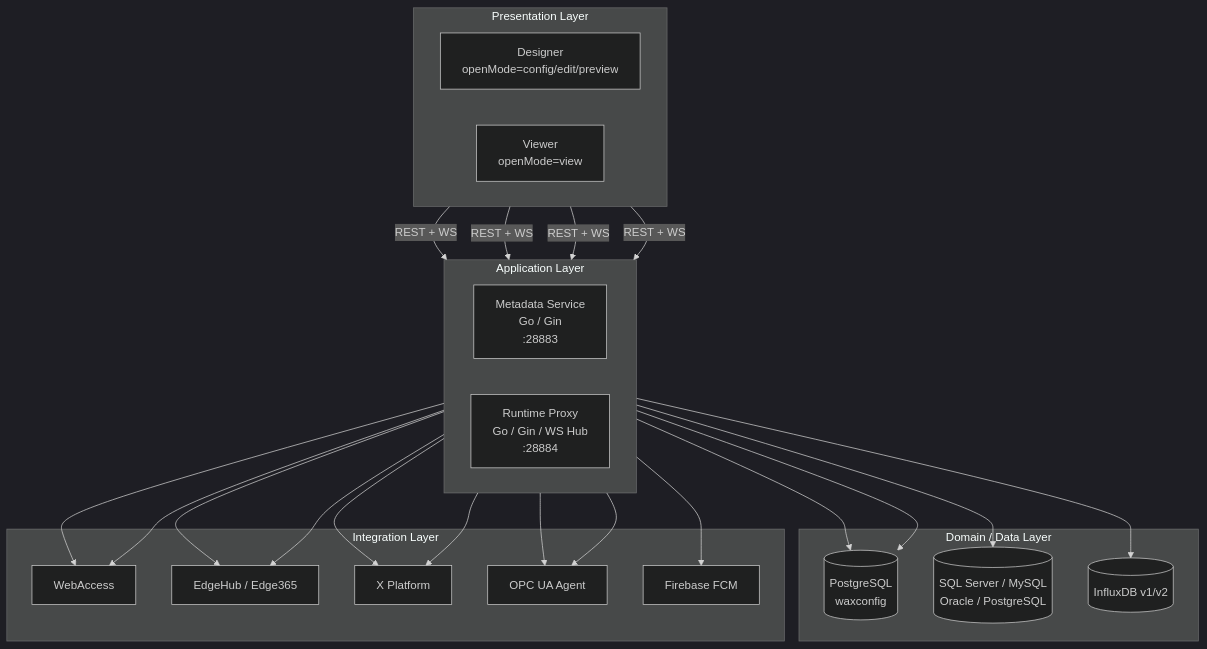
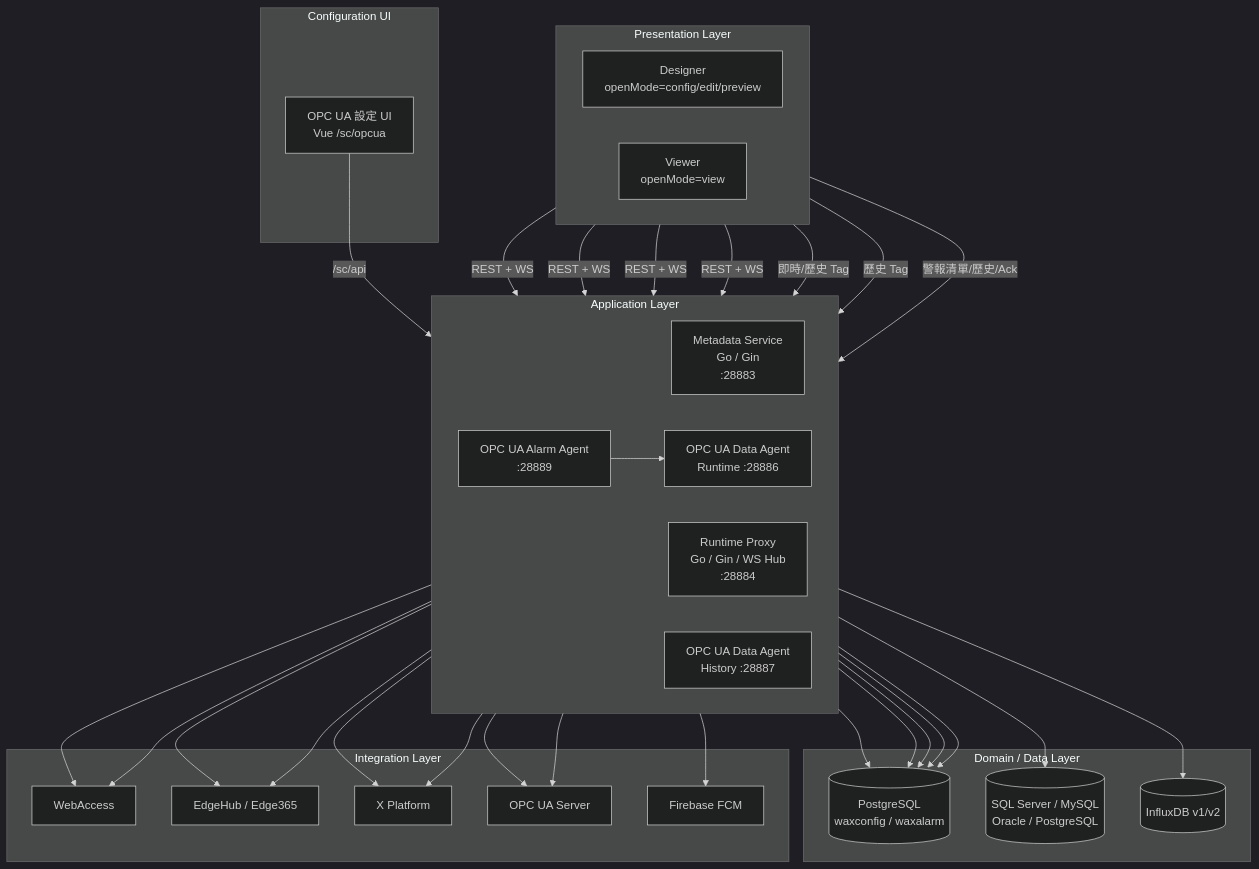
One commit to PochengChen-del/EdgeViewDoc changed the first of 8 diagrams in SDS/02_System_Architecture.md. Above: the diagram before and after it, drawn with Mermaid (dark theme). The commit also changed other lines of this file and 20 other files, not shown here.

````diff
--- a/SDS/02_System_Architecture.md
+++ b/SDS/02_System_Architecture.md
@@ -7,46 +7,61 @@
 ```mermaid
 flowchart TB
     subgraph Presentation["Presentation Layer"]
         direction LR
         Designer["Designer<br/>openMode=config/edit/preview"]
         Viewer["Viewer<br/>openMode=view"]
     end
 
     subgraph Application["Application Layer"]
         direction LR
         Meta["Metadata Service<br/>Go / Gin<br/>:28883"]
         Proxy["Runtime Proxy<br/>Go / Gin / WS Hub<br/>:28884"]
+        RT["OPC UA Data Agent<br/>Runtime :28886"]
+        HIS["OPC UA Data Agent<br/>History :28887"]
+        ALM["OPC UA Alarm Agent<br/>:28889"]
+    end
+
+    subgraph UI["Configuration UI"]
+        Vue["OPC UA 設定 UI<br/>Vue /sc/opcua"]
     end
 
     subgraph Domain["Domain / Data Layer"]
-        PGCfg[(PostgreSQL<br/>waxconfig)]
+        PGCfg[(PostgreSQL<br/>waxconfig / waxalarm)]
         ExtDB[(SQL Server / MySQL<br/>Oracle / PostgreSQL)]
         Influx[(InfluxDB v1/v2)]
     end
 
     subgraph Integration["Integration Layer"]
         WA[WebAccess]
         EH[EdgeHub / Edge365]
         X[X Platform]
-        OPC[OPC UA Agent]
+        OPC[OPC UA Server]
         FCM[Firebase FCM]
     end
 
     Designer -->|REST + WS| Meta
     Viewer -->|REST + WS| Meta
     Designer -->|REST + WS| Proxy
     Viewer -->|REST + WS| Proxy
+    Viewer -->|即時/歷史 Tag| RT
+    Viewer -->|歷史 Tag| HIS
+    Viewer -->|警報清單/歷史/Ack| ALM
+    Vue -->|/sc/api| Meta
     Meta --> PGCfg
     Proxy --> PGCfg
     Proxy --> ExtDB
     Proxy --> Influx
     Meta --> WA
     Meta --> EH
     Meta --> X
-    Meta --> OPC
     Proxy --> WA
     Proxy --> EH
     Proxy --> X
-    Proxy --> OPC
     Proxy --> FCM
+    RT --> OPC
+    HIS --> OPC
+    RT --> PGCfg
+    HIS --> PGCfg
+    ALM --> PGCfg
+    ALM --> RT
 ```
````
